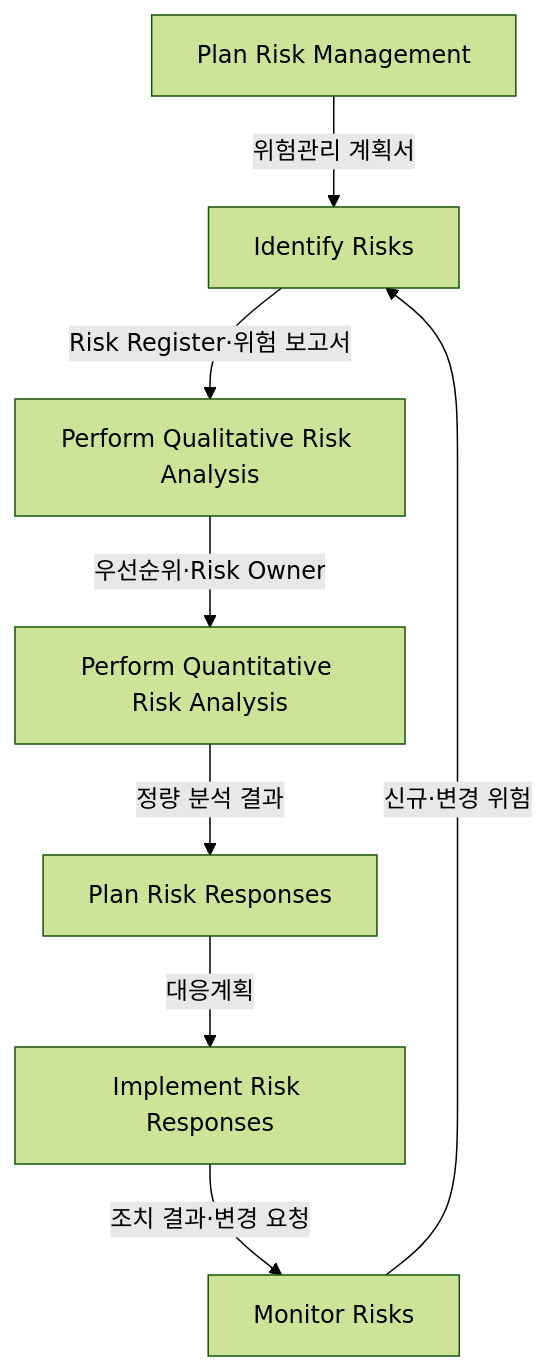
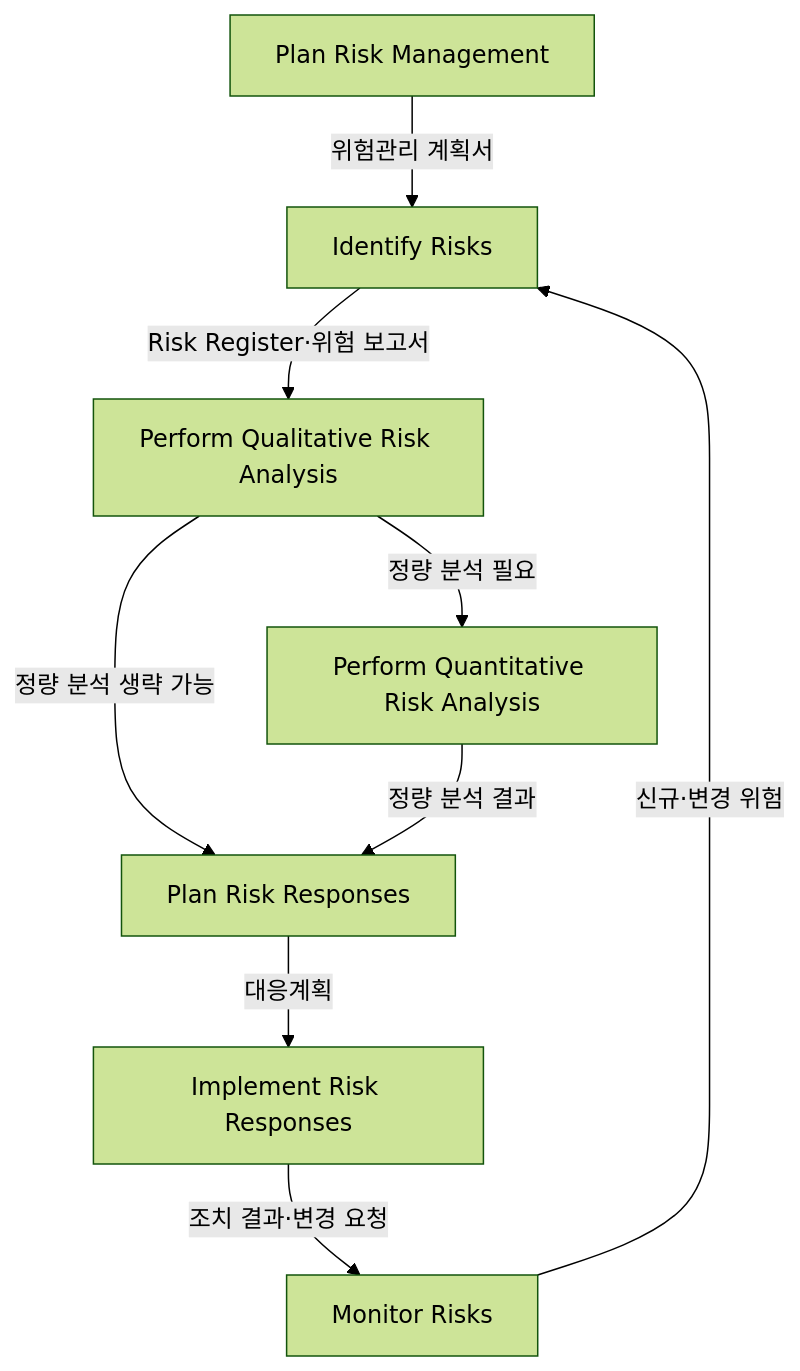
Before and after one commit to agnusdei1207/study: the second of 3 diagrams in src/content/docs/notes/itpe/01-it-strategy/009_project_risk_management_negative.md, drawn with Mermaid (forest theme). The commit also changed other lines of this file and 39 other files, not shown here.

````diff
--- a/src/content/docs/notes/itpe/01-it-strategy/009_project_risk_management_negative.md
+++ b/src/content/docs/notes/itpe/01-it-strategy/009_project_risk_management_negative.md
@@ -96,10 +97,11 @@
 ```mermaid
 flowchart TD
     P["Plan Risk Management"] -->|"위험관리 계획서"| I["Identify Risks"]
     I -->|"Risk Register·위험 보고서"| QL["Perform Qualitative Risk Analysis"]
-    QL -->|"우선순위·Risk Owner"| QT["Perform Quantitative Risk Analysis"]
+    QL -->|"정량 분석 필요"| QT["Perform Quantitative Risk Analysis"]
+    QL -->|"정량 분석 생략 가능"| PR["Plan Risk Responses"]
     QT -->|"정량 분석 결과"| PR["Plan Risk Responses"]
     PR -->|"대응계획"| IR["Implement Risk Responses"]
     IR -->|"조치 결과·변경 요청"| M["Monitor Risks"]
     M -->|"신규·변경 위험"| I
 ```
````
